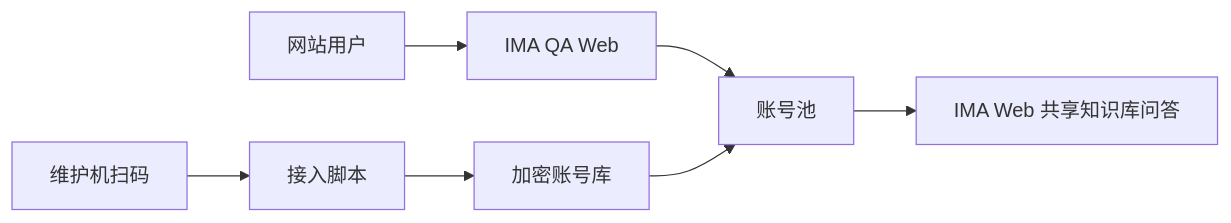
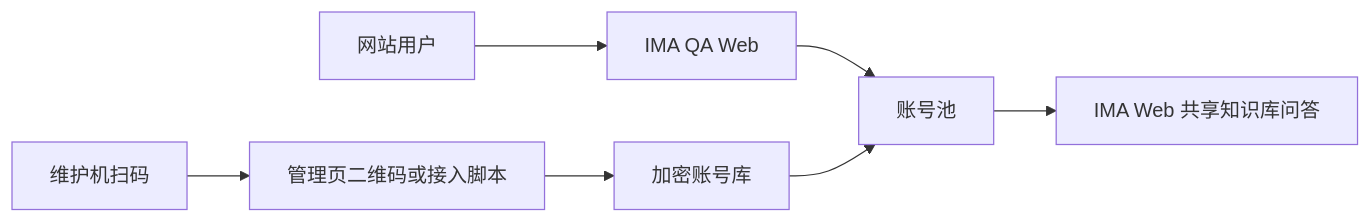
Before and after one commit to 19Chris19/ima-qa-web-agent: the diagram in docs/DEPLOYMENT.md, drawn with Mermaid. The commit also changed other lines of this file and 21 other files, not shown here.

````diff
--- a/docs/DEPLOYMENT.md
+++ b/docs/DEPLOYMENT.md
@@ -5,9 +5,9 @@
 ```mermaid
 flowchart LR
   User[网站用户] --> QA[IMA QA Web]
   QA --> Pool[账号池]
   Pool --> IMA[IMA Web 共享知识库问答]
-  Maintainer[维护机扫码] --> Enroll[接入脚本]
+  Maintainer[维护机扫码] --> Enroll[管理页二维码或接入脚本]
   Enroll --> Store[加密账号库]
   Store --> Pool
 ```
````
